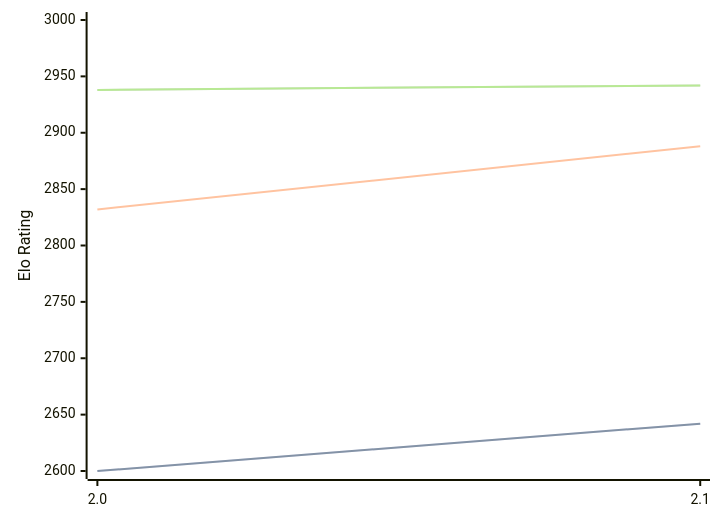
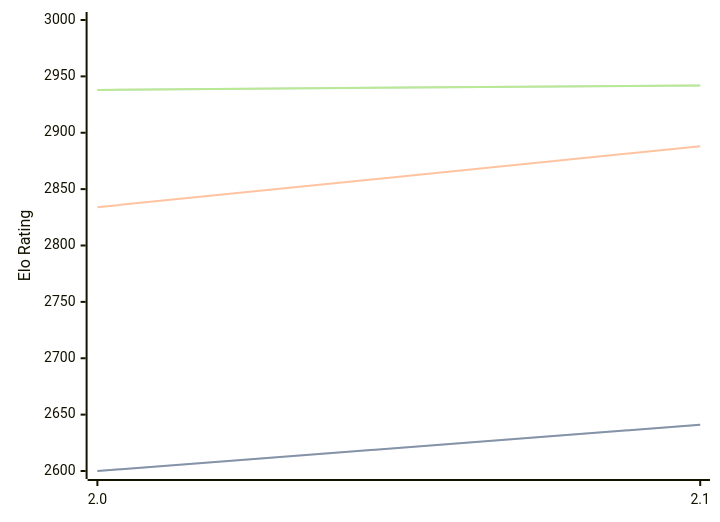
The diagram in engines/Noggin.md (computer-chess-index/cci), drawn with Mermaid before and after one commit. The commit also changed other lines of this file, not shown here.

````diff
--- a/engines/Noggin.md
+++ b/engines/Noggin.md
@@ -33,11 +33,11 @@
 ```mermaid
 %%{init: {"theme":"base","themeVariables":{"seriesColors:['#a3a3a3','#222221','#faa371']}}}%%
 xychart-beta
   x-axis ["2.0", "2.1"]
   y-axis "Elo Rating" 2600 --> 3000
-  line "" [2600, 2642]
-  line "STC (8.0+0.08s)" [2600, 2642]
-  line "LTC (60.0+0.60s)" [2832, 2888]
+  line "" [2600, 2641]
+  line "STC (8.0+0.08s)" [2600, 2641]
+  line "LTC (60.0+0.60s)" [2834, 2888]
   line "" [2938, 2942]
   line "VLTC (2m24s+1.12s)" [2938, 2942]
 ```
````
